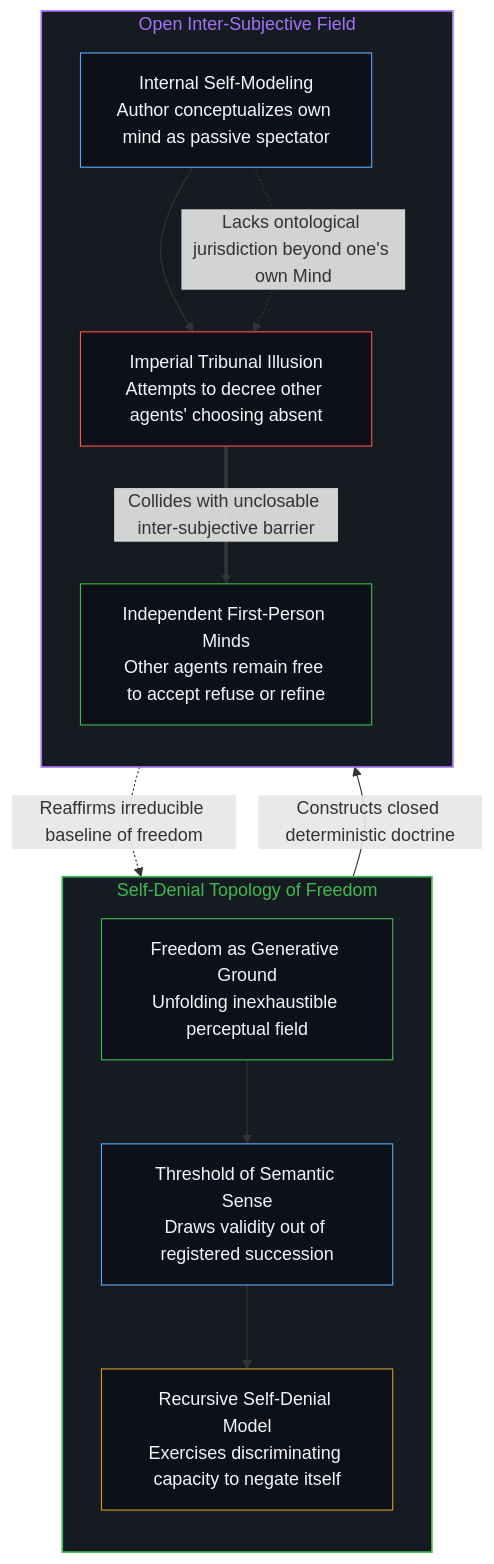
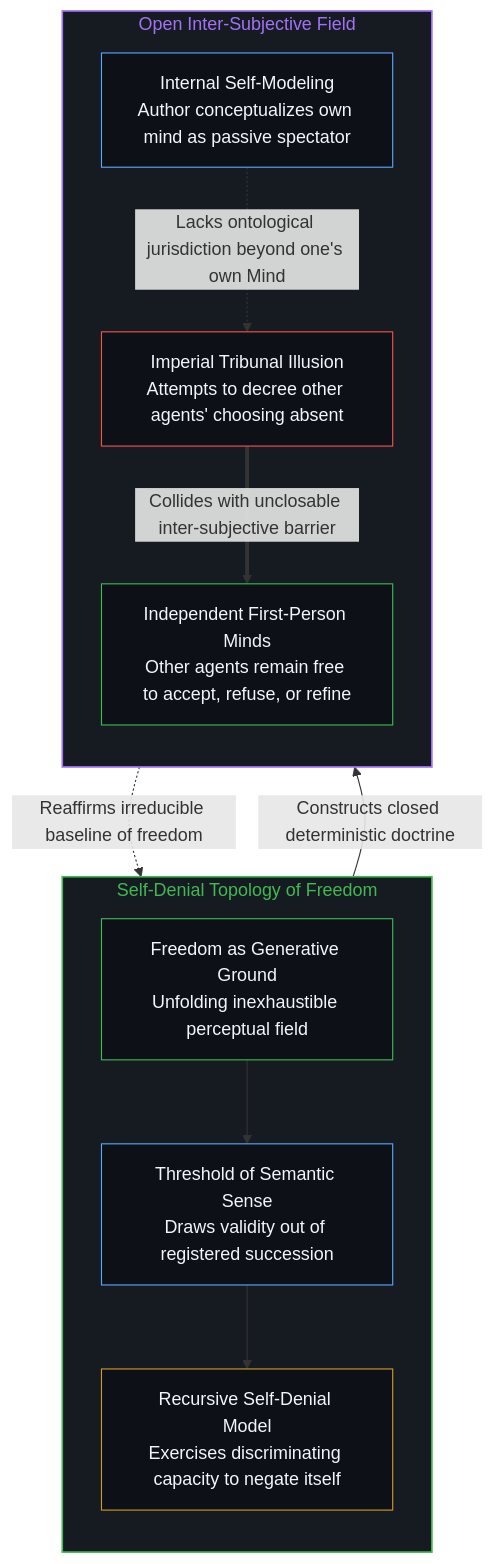
One commit to powerpig99/not-a-toe changed the fourth of 4 diagrams in content/posts/the-freedom-of-will-to-deny-itself.md. Above: the diagram before and after it, drawn with Mermaid. The commit also changed other lines of this file and 3 other files, not shown here.

````diff
--- a/content/posts/the-freedom-of-will-to-deny-itself.md
+++ b/content/posts/the-freedom-of-will-to-deny-itself.md
@@ -123,25 +124,26 @@
 ```mermaid
 graph TD
     subgraph S_SelfDenial ["Self-Denial Topology of Freedom"]
         direction TB
         SD1["Freedom as Generative Ground<br/>Unfolding inexhaustible perceptual field"] --> SD2["Threshold of Semantic Sense<br/>Draws validity out of registered succession"]
         SD2 --> SD3["Recursive Self-Denial Model<br/>Exercises discriminating capacity to negate itself"]
     end
     subgraph S_InterSubjective ["Open Inter-Subjective Field"]
         direction TB
-        IS1["Internal Self-Modeling<br/>Author conceptualizes own mind as passive spectator"] --> IS2["Imperial Tribunal Illusion<br/>Attempts to decree other agents' choosing absent"]
-        IS3["Independent First-Person Minds<br/>Other agents remain free to accept refuse or refine"]
+        IS1["Internal Self-Modeling<br/>Author conceptualizes own mind as passive spectator"]
+        IS2["Imperial Tribunal Illusion<br/>Attempts to decree other agents' choosing absent"]
+        IS3["Independent First-Person Minds<br/>Other agents remain free to accept, refuse, or refine"]
     end
     SD3 -->|"Constructs closed deterministic doctrine"| IS1
     IS1 -.->|"Lacks ontological jurisdiction beyond one's own Mind"| IS2
     IS2 ==>|"Collides with unclosable inter-subjective barrier"| IS3
     IS3 -.->|"Reaffirms irreducible baseline of freedom"| SD1
     style S_SelfDenial fill:#161b22,stroke:#3fb950,stroke-width:1.5px,color:#3fb950
     style S_InterSubjective fill:#161b22,stroke:#a371f7,stroke-width:1.5px,color:#a371f7
     style SD1 fill:#0d1117,stroke:#3fb950,stroke-width:1px,color:#f0f6fc
     style SD2 fill:#0d1117,stroke:#58a6ff,stroke-width:1px,color:#f0f6fc
     style SD3 fill:#0d1117,stroke:#d29922,stroke-width:1px,color:#f0f6fc
     style IS1 fill:#0d1117,stroke:#58a6ff,stroke-width:1px,color:#f0f6fc
     style IS2 fill:#0d1117,stroke:#f85149,stroke-width:1px,color:#f0f6fc
     style IS3 fill:#0d1117,stroke:#3fb950,stroke-width:1px,color:#f0f6fc
 ```
````
